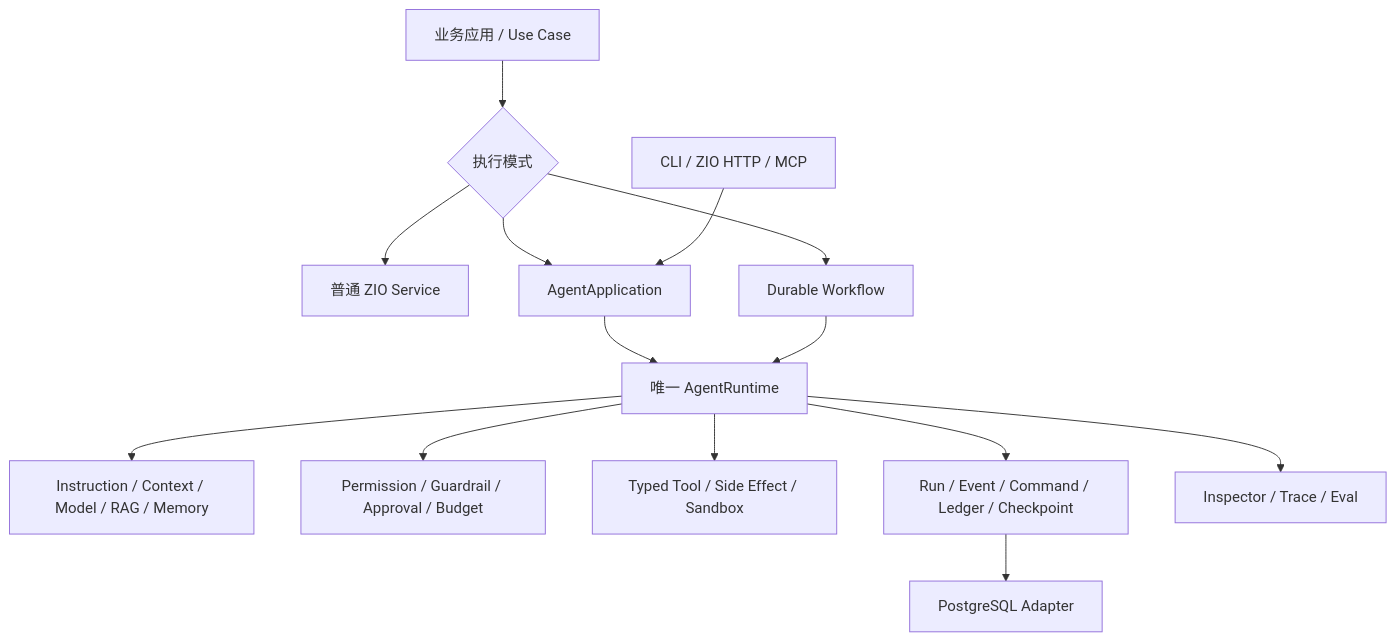
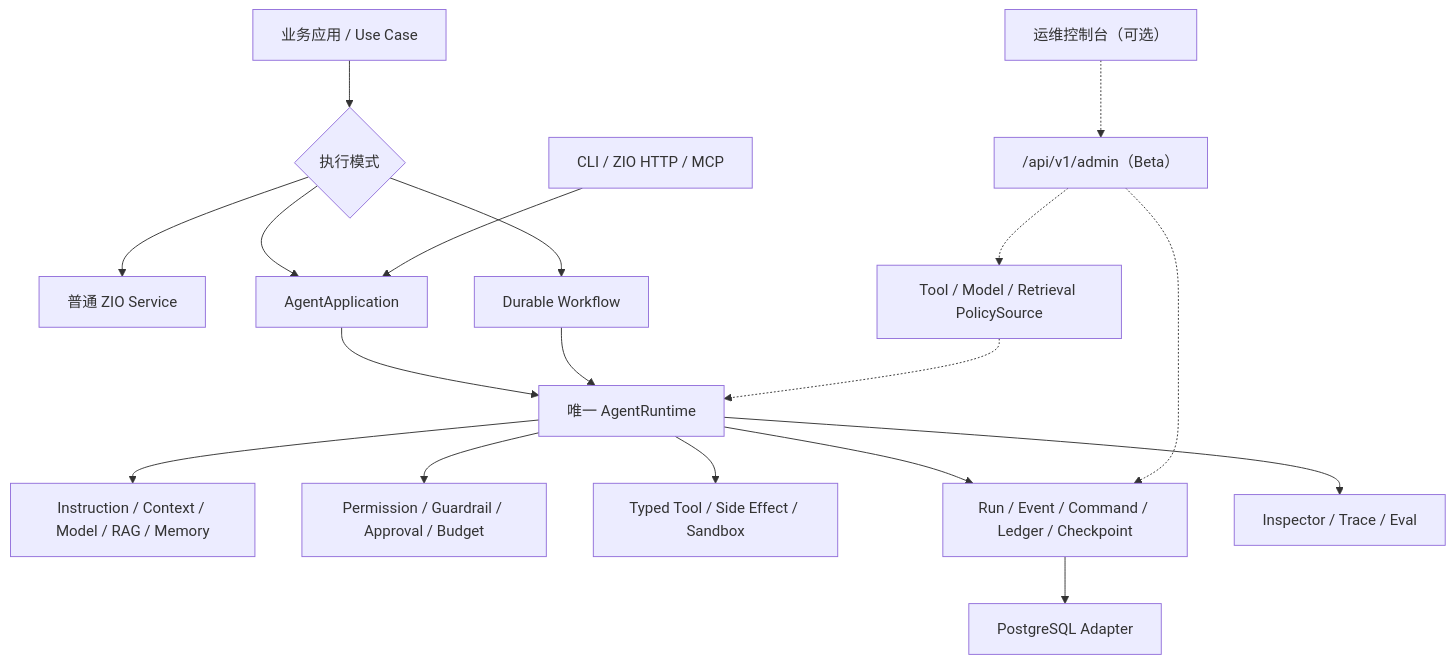
Before and after one commit to zyblw/zyblw-agent: the diagram in README.md, drawn with Mermaid. The commit also changed other lines of this file and 18 other files, not shown here.

````diff
--- a/README.md
+++ b/README.md
@@ -98,16 +102,20 @@
 ```mermaid
 flowchart TB
   Business["业务应用 / Use Case"] --> Mode{"执行模式"}
   Mode --> Function["普通 ZIO Service"]
   Mode --> Agent["AgentApplication"]
   Mode --> Workflow["Durable Workflow"]
   Agent --> Runtime["唯一 AgentRuntime"]
   Workflow --> Runtime
   Runtime --> Intelligence["Instruction / Context / Model / RAG / Memory"]
   Runtime --> Control["Permission / Guardrail / Approval / Budget"]
   Runtime --> Execution["Typed Tool / Side Effect / Sandbox"]
   Runtime --> State["Run / Event / Command / Ledger / Checkpoint"]
   State --> Postgres["PostgreSQL Adapter"]
   Runtime --> Quality["Inspector / Trace / Eval"]
   Host["CLI / ZIO HTTP / MCP"] --> Agent
+  Ops["运维控制台（可选）"] -.-> AdminApi["/api/v1/admin（Beta）"]
+  AdminApi -.-> State
+  AdminApi -.-> Policy["Tool / Model / Retrieval PolicySource"]
+  Policy -.-> Runtime
 ```
````
